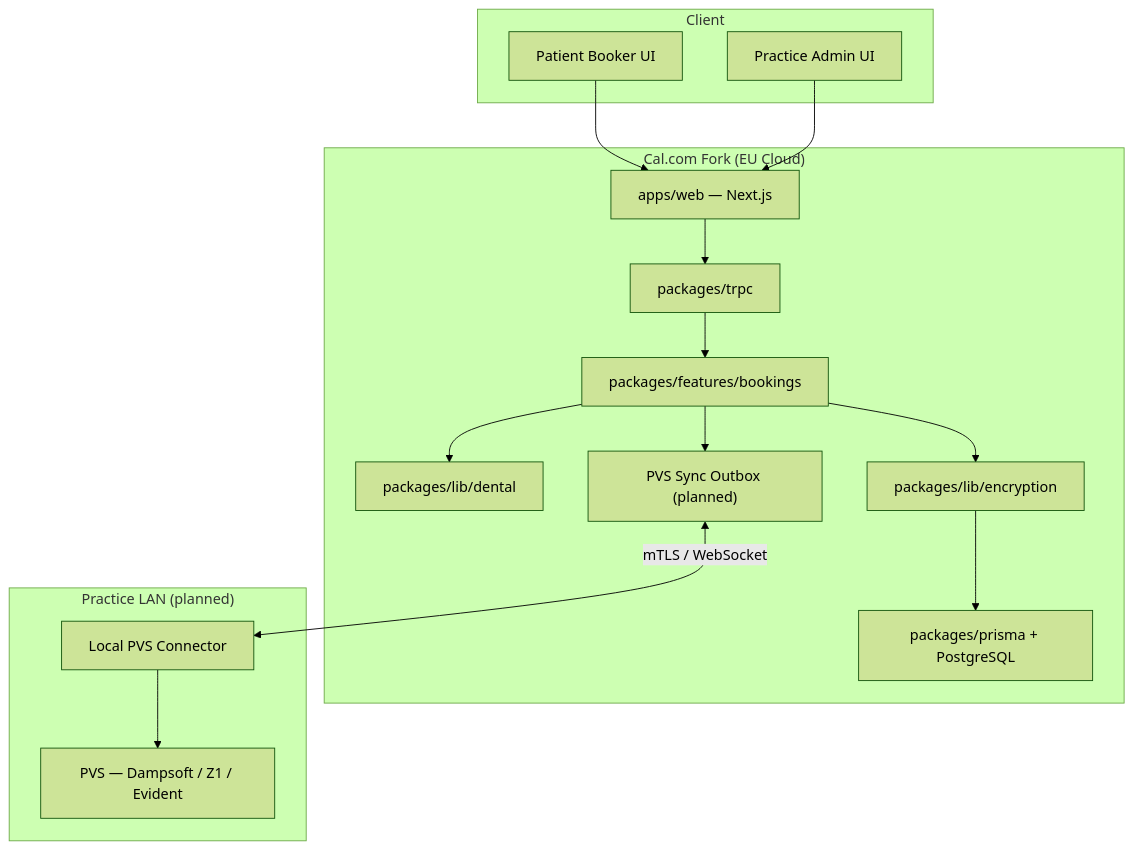
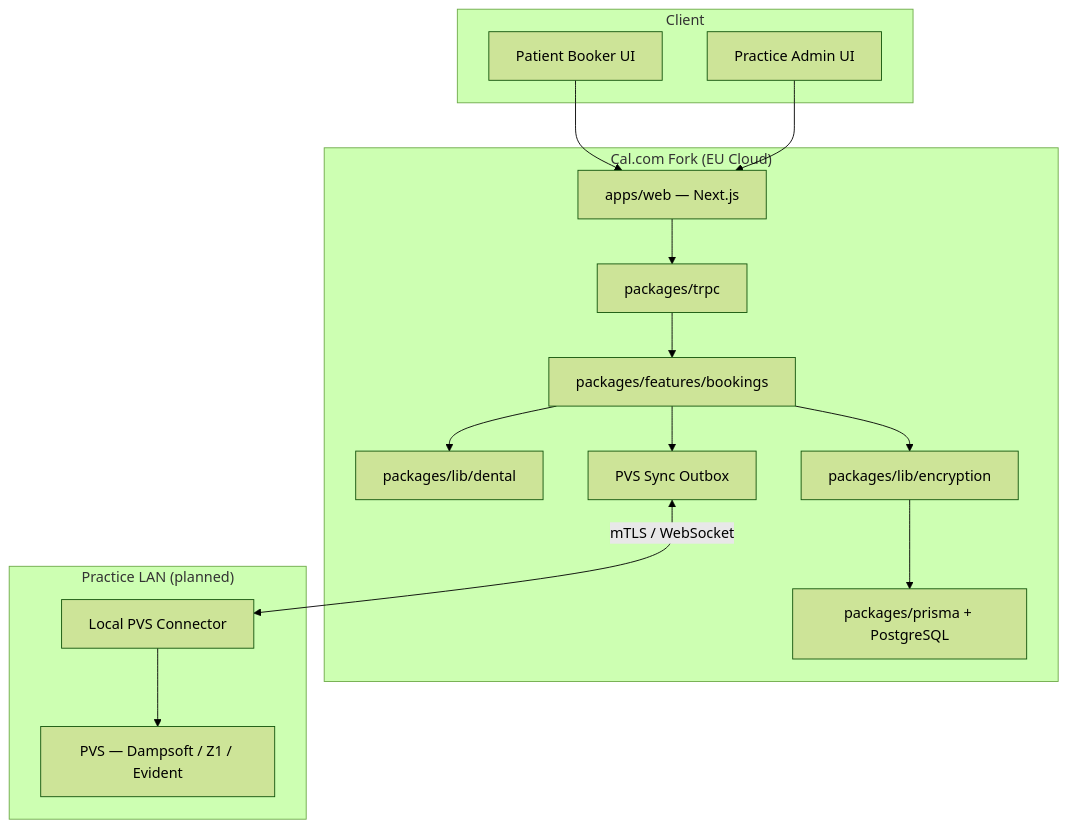
One commit to JulianGrafen/project-vencio changed the first of 3 diagrams in ARCHITECTURE.md. Above: the diagram before and after it, drawn with Mermaid (forest theme). The commit also changed other lines of this file and 16 other files, not shown here.

````diff
--- a/ARCHITECTURE.md
+++ b/ARCHITECTURE.md
@@ -16,32 +16,32 @@
 ```mermaid
 flowchart TB
   subgraph Client
     Booker[Patient Booker UI]
     Admin[Practice Admin UI]
   end
 
   subgraph Cloud["Cal.com Fork (EU Cloud)"]
     Web["apps/web — Next.js"]
     TRPC["packages/trpc"]
     Features["packages/features/bookings"]
     Dental["packages/lib/dental"]
     Crypto["packages/lib/encryption"]
     Prisma["packages/prisma + PostgreSQL"]
-    Outbox["PVS Sync Outbox (planned)"]
+    Outbox["PVS Sync Outbox"]
   end
 
   subgraph OnPrem["Practice LAN (planned)"]
     Connector["Local PVS Connector"]
     PVS["PVS — Dampsoft / Z1 / Evident"]
   end
 
   Booker --> Web
   Admin --> Web
   Web --> TRPC --> Features
   Features --> Dental
   Features --> Crypto
   Crypto --> Prisma
   Features --> Outbox
   Outbox <-->|"mTLS / WebSocket"| Connector
   Connector --> PVS
 ```
````
